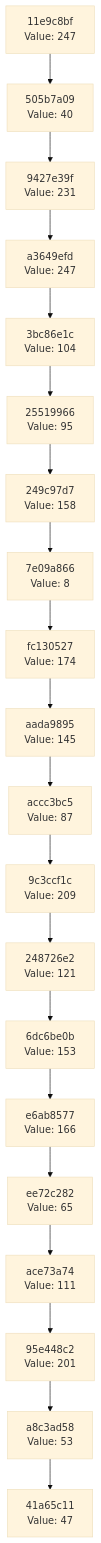
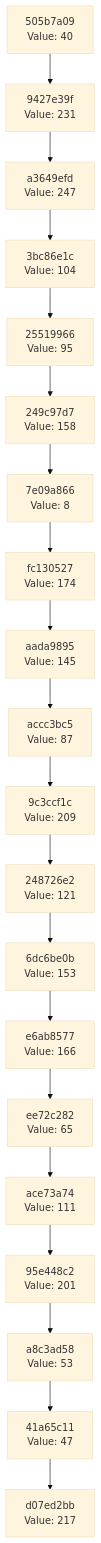
Before and after one commit to Abhisheksinha1506/hash-chain-evolver: the diagram in docs/CHAIN_VISUALIZATION.md, drawn with Mermaid (base theme). The commit also changed 3 other files, not shown here.

````diff
--- a/docs/CHAIN_VISUALIZATION.md
+++ b/docs/CHAIN_VISUALIZATION.md
@@ -3,42 +3,42 @@
 ```mermaid
 graph TD
-    C0["41a65c11<br/>Value: 47"]
-    C1["a8c3ad58<br/>Value: 53"]
+    C0["d07ed2bb<br/>Value: 217"]
+    C1["41a65c11<br/>Value: 47"]
     C1 --> C0
-    C2["95e448c2<br/>Value: 201"]
+    C2["a8c3ad58<br/>Value: 53"]
     C2 --> C1
-    C3["ace73a74<br/>Value: 111"]
+    C3["95e448c2<br/>Value: 201"]
     C3 --> C2
-    C4["ee72c282<br/>Value: 65"]
+    C4["ace73a74<br/>Value: 111"]
     C4 --> C3
-    C5["e6ab8577<br/>Value: 166"]
+    C5["ee72c282<br/>Value: 65"]
     C5 --> C4
-    C6["6dc6be0b<br/>Value: 153"]
+    C6["e6ab8577<br/>Value: 166"]
     C6 --> C5
-    C7["248726e2<br/>Value: 121"]
+    C7["6dc6be0b<br/>Value: 153"]
     C7 --> C6
-    C8["9c3ccf1c<br/>Value: 209"]
+    C8["248726e2<br/>Value: 121"]
     C8 --> C7
-    C9["accc3bc5<br/>Value: 87"]
+    C9["9c3ccf1c<br/>Value: 209"]
     C9 --> C8
-    C10["aada9895<br/>Value: 145"]
+    C10["accc3bc5<br/>Value: 87"]
     C10 --> C9
-    C11["fc130527<br/>Value: 174"]
+    C11["aada9895<br/>Value: 145"]
     C11 --> C10
-    C12["7e09a866<br/>Value: 8"]
+    C12["fc130527<br/>Value: 174"]
     C12 --> C11
-    C13["249c97d7<br/>Value: 158"]
+    C13["7e09a866<br/>Value: 8"]
     C13 --> C12
-    C14["25519966<br/>Value: 95"]
+    C14["249c97d7<br/>Value: 158"]
     C14 --> C13
-    C15["3bc86e1c<br/>Value: 104"]
+    C15["25519966<br/>Value: 95"]
     C15 --> C14
-    C16["a3649efd<br/>Value: 247"]
+    C16["3bc86e1c<br/>Value: 104"]
     C16 --> C15
-    C17["9427e39f<br/>Value: 231"]
+    C17["a3649efd<br/>Value: 247"]
     C17 --> C16
-    C18["505b7a09<br/>Value: 40"]
+    C18["9427e39f<br/>Value: 231"]
     C18 --> C17
-    C19["11e9c8bf<br/>Value: 247"]
+    C19["505b7a09<br/>Value: 40"]
     C19 --> C18
 ```
````
